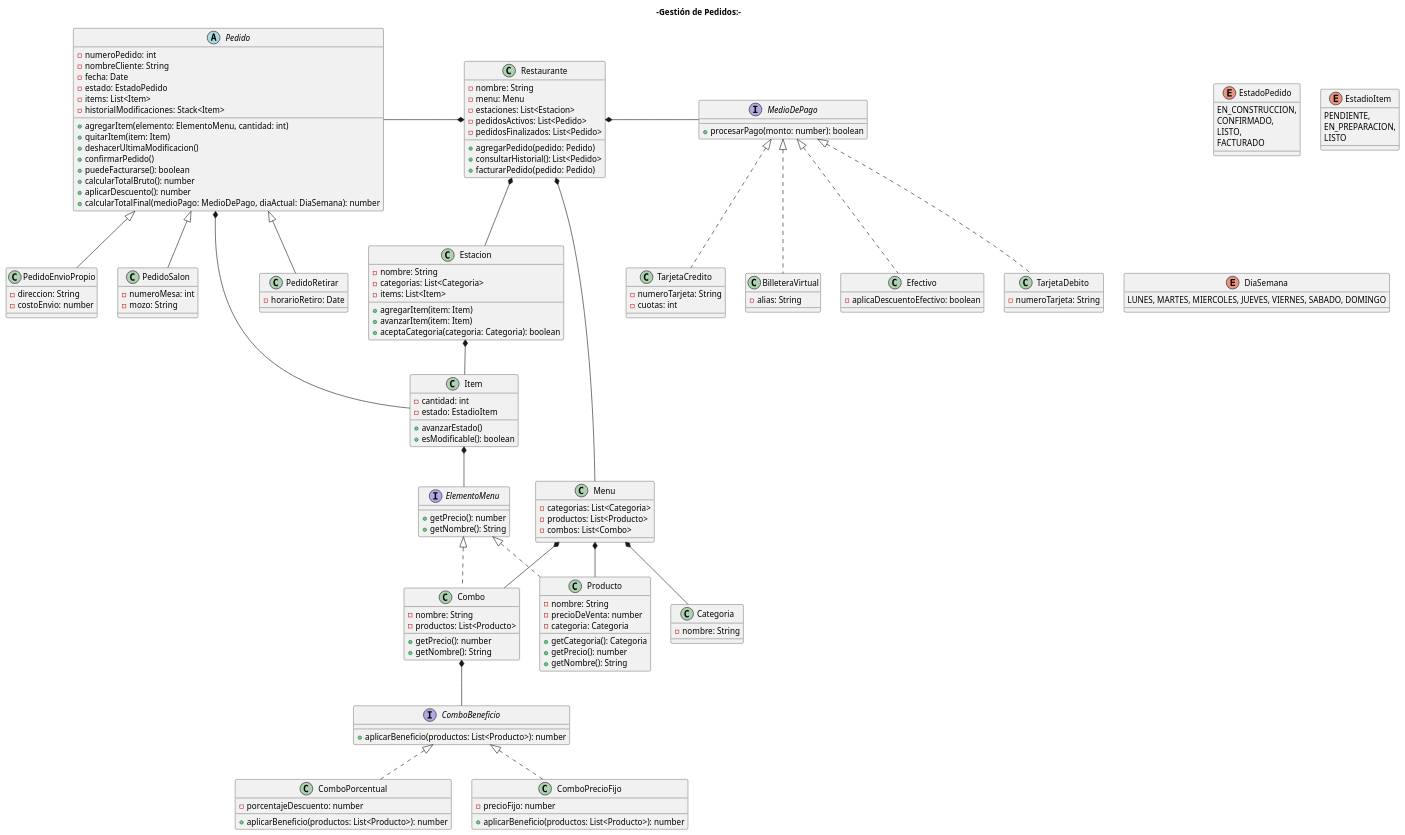
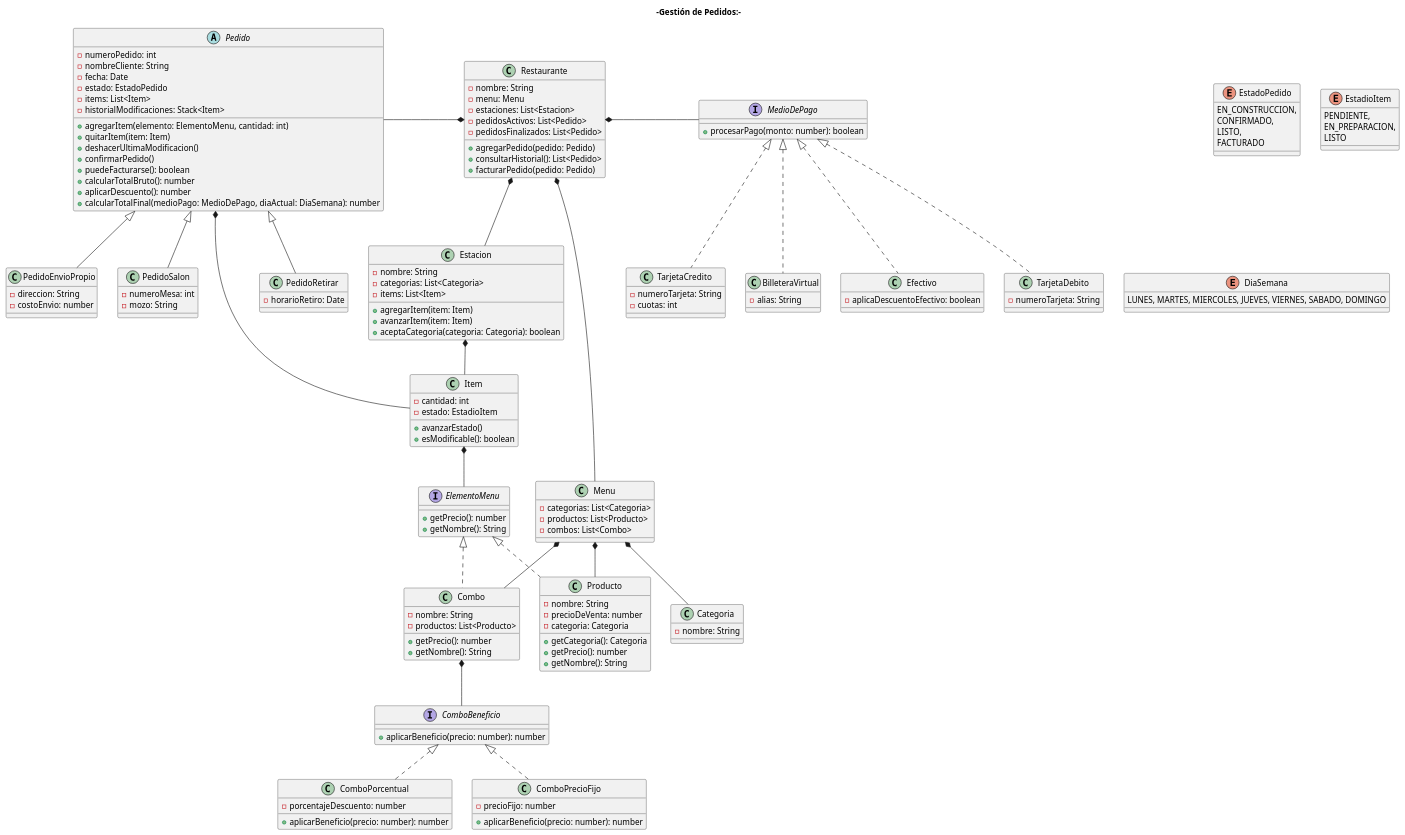
Before and after one commit to JuanJauregui2014/Tp-cuatrimestral-programacion-II: the diagram in diagramas/diagramas.puml, drawn with PlantUML. The commit also changed 31 other files, not shown here.

```diff
--- a/diagramas/diagramas.puml
+++ b/diagramas/diagramas.puml
@@ -1,184 +1,184 @@
 @startuml
 title -Gestión de Pedidos:-
 class Restaurante {
     -nombre: String
     -menu: Menu
     -estaciones: List<Estacion>
     -pedidosActivos: List<Pedido>
     -pedidosFinalizados: List<Pedido>
 
     +agregarPedido(pedido: Pedido)
     +consultarHistorial(): List<Pedido>
     +facturarPedido(pedido: Pedido)
 }
 
 class Menu {
     -categorias: List<Categoria>
     -productos: List<Producto>
     -combos: List<Combo>
 }
 
 class Categoria {
     -nombre: String
 }
 
 interface ElementoMenu {
     +getPrecio(): number
     +getNombre(): String
 }
 
 class Combo implements ElementoMenu {
     -nombre: String
     -productos: List<Producto>
     +getPrecio(): number
     +getNombre(): String
 }
 
 interface ComboBeneficio {
-    +aplicarBeneficio(productos: List<Producto>): number
+    +aplicarBeneficio(precio: number): number
 }
 
 class ComboPorcentual implements ComboBeneficio {
     -porcentajeDescuento: number
-    +aplicarBeneficio(productos: List<Producto>): number
+    +aplicarBeneficio(precio: number): number
 }
 
 class ComboPrecioFijo implements ComboBeneficio {
     -precioFijo: number
-    +aplicarBeneficio(productos: List<Producto>): number
+    +aplicarBeneficio(precio: number): number
 }
 
 abstract class Pedido {
     -numeroPedido: int
     -nombreCliente: String
     -fecha: Date
     -estado: EstadoPedido
     -items: List<Item>
     -historialModificaciones: Stack<Item>
 
     +agregarItem(elemento: ElementoMenu, cantidad: int)
     +quitarItem(item: Item)
     +deshacerUltimaModificacion()
     +confirmarPedido()
     +puedeFacturarse(): boolean
     +calcularTotalBruto(): number
     +aplicarDescuento(): number
     +calcularTotalFinal(medioPago: MedioDePago, diaActual: DiaSemana): number
 }
 
 class PedidoSalon {
     -numeroMesa: int
     -mozo: String
 }
 
 class PedidoRetirar {
     -horarioRetiro: Date
 }
 
 class PedidoEnvioPropio {
     -direccion: String
     -costoEnvio: number
 }
 
 class Item {
     -cantidad: int
     -estado: EstadioItem
     
     +avanzarEstado()
     +esModificable(): boolean
 }
 
 class Estacion {
     -nombre: String
     -categorias: List<Categoria>
     -items: List<Item>
 
     +agregarItem(item: Item)
     +avanzarItem(item: Item)
     +aceptaCategoria(categoria: Categoria): boolean
 }
 
 class Producto implements ElementoMenu {
     -nombre: String
     -precioDeVenta: number
     -categoria: Categoria
     
     +getCategoria(): Categoria
     +getPrecio(): number
     +getNombre(): String
 }
 
 interface MedioDePago {
     +procesarPago(monto: number): boolean
 }
 
 class Efectivo implements MedioDePago {
     -aplicaDescuentoEfectivo: boolean
 }
 
 class TarjetaDebito implements MedioDePago {
     -numeroTarjeta: String
 }
 
 class TarjetaCredito implements MedioDePago {
     -numeroTarjeta: String
     -cuotas: int
 }
 
 class BilleteraVirtual implements MedioDePago {
     -alias: String
 }
 
 /' abstract class Descuento {
      +esAplicable(pedido: Pedido, dia: DiaSemana): boolean
      +calcularMontoDescuento(pedido: Pedido): number
 }
 
 class DescuentoEfectivo extends Descuento {
     -porcentaje: number
     +esAplicable(pedido: Pedido, dia: DiaSemana): boolean
     +calcularMontoDescuento(pedido: Pedido): number
 }
 
 class DescuentoDiaEspecial extends Descuento {
     -diaObjetivo: DiaSemana
     -porcentaje: number
     +esAplicable(pedido: Pedido, dia: DiaSemana): boolean
     +calcularMontoDescuento(pedido: Pedido): number
 } '/
 
 enum EstadoPedido {
     EN_CONSTRUCCION,
     CONFIRMADO,
     LISTO,
     FACTURADO
 }
 
 enum EstadioItem {
     PENDIENTE,
     EN_PREPARACION,
     LISTO
 }
 
 enum DiaSemana {
     LUNES, MARTES, MIERCOLES, JUEVES, VIERNES, SABADO, DOMINGO
 }
 
 ' Relaciones Estructurales
 Restaurante *-- Menu
 Restaurante  *-- Estacion
 Restaurante *-l-  Pedido
 Restaurante *-r- MedioDePago
 Menu  *-- Categoria
 Menu  *-- Producto
 Menu  *--Combo
 Combo  *--  ComboBeneficio
 Pedido  *--  Item
 Item  *--  ElementoMenu
 Estacion  *-- Item
 
 Pedido <|-- PedidoSalon
 Pedido <|-- PedidoRetirar
 Pedido <|-- PedidoEnvioPropio
 
 @enduml
```
